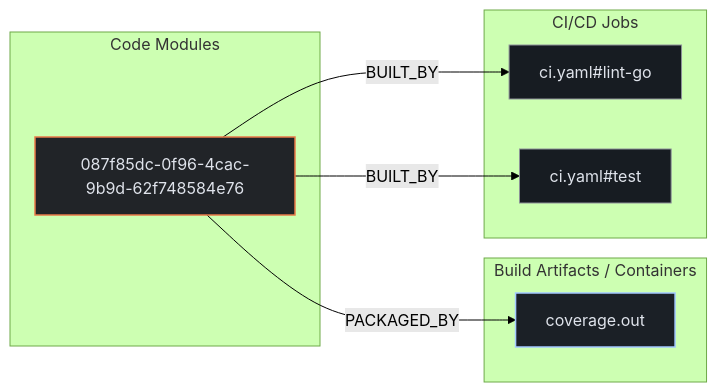
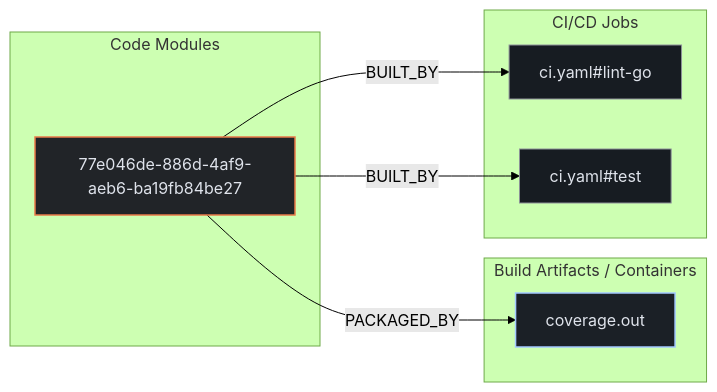
The second of 3 diagrams in exports/latest/reports/argoproj-notifications-engine-report.md (kumarshaz/atruss-code-atlas), drawn with Mermaid (forest theme) before and after one commit. The commit also changed other lines of this file and 27 other files, not shown here.

````diff
--- a/exports/latest/reports/argoproj-notifications-engine-report.md
+++ b/exports/latest/reports/argoproj-notifications-engine-report.md
@@ -241,21 +241,21 @@
 ```mermaid
 flowchart LR
     %% title: Code-to-Cloud Deployment Traceability
     classDef atlasCategory fill:#212428,stroke:#E87A48,stroke-width:1.5px,color:#dfe3eb
     classDef atlasWorkflow fill:#1b2026,stroke:#a3c9ff,stroke-width:1.5px,color:#dfe3eb
     classDef atlasJob fill:#171c22,stroke:#8d9199,stroke-width:1px,color:#dfe3eb
     classDef atlasTarget fill:#005227,stroke:#8bd99b,stroke-width:1.5px,color:#a7f6b6
     subgraph code_modules["Code Modules"]
-        mod_087f85dc_0f96_4cac_9b9d_62f748584e76["087f85dc-0f96-4cac-9b9d-62f748584e76"]:::atlasCategory
+        mod_77e046de_886d_4af9_aeb6_ba19fb84be27["77e046de-886d-4af9-aeb6-ba19fb84be27"]:::atlasCategory
     end
     subgraph build_artifacts["Build Artifacts / Containers"]
         art_coverage_out["coverage.out"]:::atlasWorkflow
     end
     subgraph ci_jobs["CI/CD Jobs"]
         job_ci_yaml_lint_go["ci.yaml#lint-go"]:::atlasJob
         job_ci_yaml_test["ci.yaml#test"]:::atlasJob
     end
-    mod_087f85dc_0f96_4cac_9b9d_62f748584e76 -->|BUILT_BY| job_ci_yaml_lint_go
-    mod_087f85dc_0f96_4cac_9b9d_62f748584e76 -->|BUILT_BY| job_ci_yaml_test
-    mod_087f85dc_0f96_4cac_9b9d_62f748584e76 -->|PACKAGED_BY| art_coverage_out
+    mod_77e046de_886d_4af9_aeb6_ba19fb84be27 -->|BUILT_BY| job_ci_yaml_lint_go
+    mod_77e046de_886d_4af9_aeb6_ba19fb84be27 -->|BUILT_BY| job_ci_yaml_test
+    mod_77e046de_886d_4af9_aeb6_ba19fb84be27 -->|PACKAGED_BY| art_coverage_out
 ```
````
